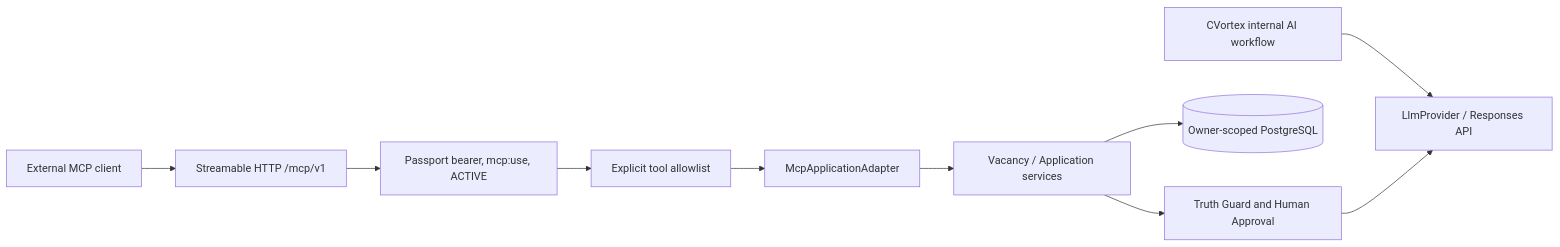
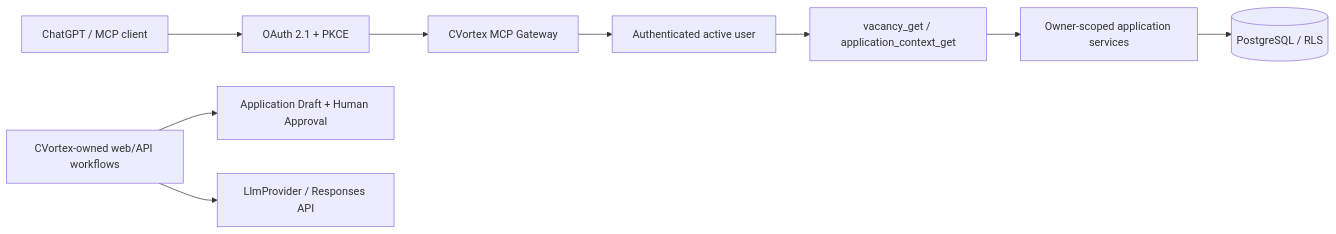
The diagram in docs/02-Architecture/MCP-Gateway.md (filatelist-hitech/CVortex), drawn with Mermaid before and after one commit. The commit also changed other lines of this file and 37 other files, not shown here.

Commit message:
feat(mcp): make external gateway read-only

````diff
--- a/docs/02-Architecture/MCP-Gateway.md
+++ b/docs/02-Architecture/MCP-Gateway.md
@@ -15,12 +22,11 @@
 ```mermaid
 flowchart LR
-    Client[External MCP client] --> HTTP[Streamable HTTP /mcp/v1]
-    HTTP --> Auth[Passport bearer, mcp:use, ACTIVE]
-    Auth --> Tools[Explicit tool allowlist]
-    Tools --> Adapter[McpApplicationAdapter]
-    Adapter --> Services[Vacancy / Application services]
-    Services --> TG[Truth Guard and Human Approval]
-    Services --> PG[(Owner-scoped PostgreSQL)]
-    CV[CVortex internal AI workflow] --> LLM[LlmProvider / Responses API]
-    TG --> LLM
+    Client[ChatGPT / MCP client] --> OAuth[OAuth 2.1 + PKCE]
+    OAuth --> Gateway[CVortex MCP Gateway]
+    Gateway --> Auth[Authenticated active user]
+    Auth --> Tools[vacancy_get / application_context_get]
+    Tools --> Adapter[Owner-scoped application services]
+    Adapter --> RLS[(PostgreSQL / RLS)]
+    CV[CVortex-owned web/API workflows] --> Draft[Application Draft + Human Approval]
+    CV --> LLM[LlmProvider / Responses API]
 ```
````
